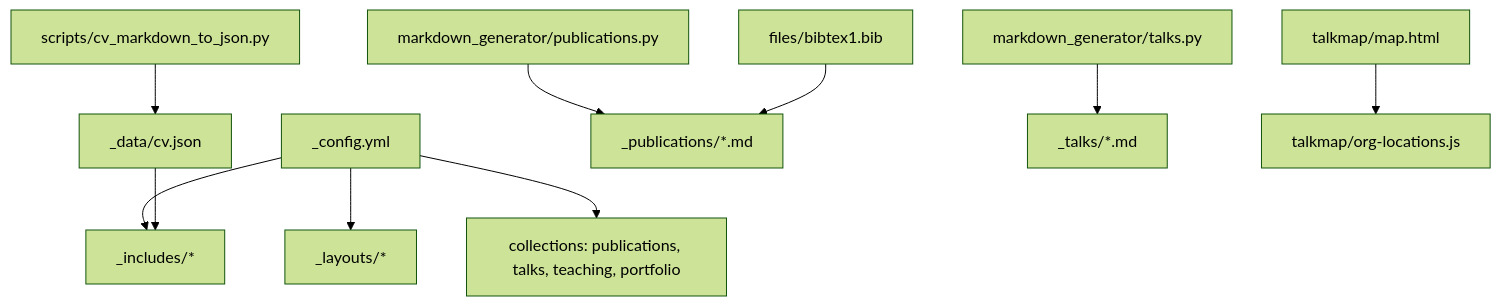
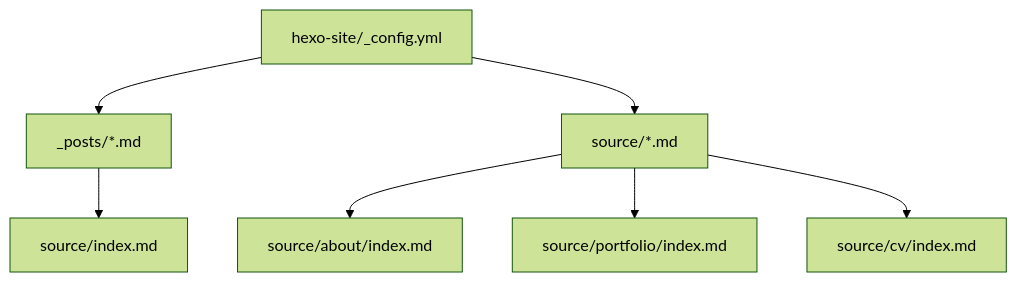
One commit to CoolPig0720/CoolPig0720.github.io changed the first of 5 diagrams in .qoder/repowiki/zh/content/学术功能模块/学术功能模块.md. Above: the diagram before and after it, drawn with Mermaid (forest theme). The commit also changed other lines of this file and 36 other files, not shown here.

````diff
--- a/.qoder/repowiki/zh/content/学术功能模块/学术功能模块.md
+++ b/.qoder/repowiki/zh/content/学术功能模块/学术功能模块.md
@@ -40,12 +41,9 @@
 ```mermaid
 graph TB
-Config["_config.yml"] --> Layouts["_layouts/*"]
-Config --> Includes["_includes/*"]
-Config --> Collections["collections: publications, talks, teaching, portfolio"]
-DataCv["_data/cv.json"] --> Includes
-Scripts["scripts/cv_markdown_to_json.py"] --> DataCv
-GenPub["markdown_generator/publications.py"] --> PubFiles["_publications/*.md"]
-GenTalks["markdown_generator/talks.py"] --> TalkFiles["_talks/*.md"]
-TalkMapPage["talkmap/map.html"] --> OrgLoc["talkmap/org-locations.js"]
-Bib["files/bibtex1.bib"] --> PubFiles
+Config["hexo-site/_config.yml"] --> BlogPosts["_posts/*.md"]
+Config --> Pages["source/*.md"]
+BlogPosts --> Index["source/index.md"]
+Pages --> About["source/about/index.md"]
+Pages --> Portfolio["source/portfolio/index.md"]
+Pages --> CV["source/cv/index.md"]
 ```
````
